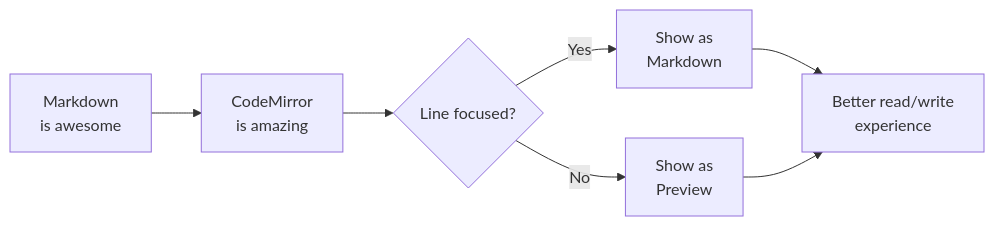
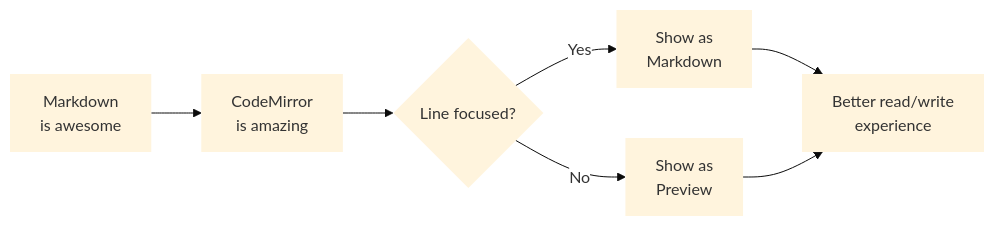
Before and after one commit to dwaynemcyrus/codemirror-markdown-wiki-yaml-extension: the diagram in example.md, drawn with Mermaid.

Commit message:
Style mermaid diagram: white label backgrounds, no borders

````diff
--- a/example.md
+++ b/example.md
@@ -76,9 +76,10 @@
 ```mermaid
+%%{init: {'theme': 'base', 'themeVariables': { 'edgeLabelBackground': '#fff', 'primaryBorderColor': 'transparent', 'secondaryBorderColor': 'transparent', 'tertiaryBorderColor': 'transparent' }}}%%
 flowchart LR
     A[Markdown<br/>is awesome] --> B[CodeMirror<br/>is amazing]
     B --> C{Line focused?}
     C -->|Yes| D[Show as<br/>Markdown]
     C -->|No| E[Show as<br/>Preview]
     D --> F[Better read/write<br/>experience]
     E --> F
 ```
````
